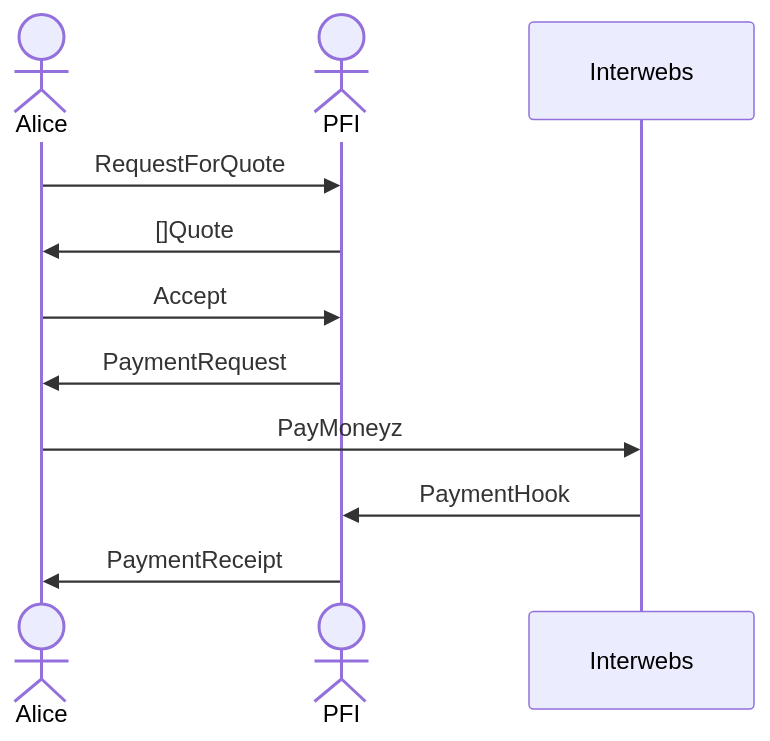
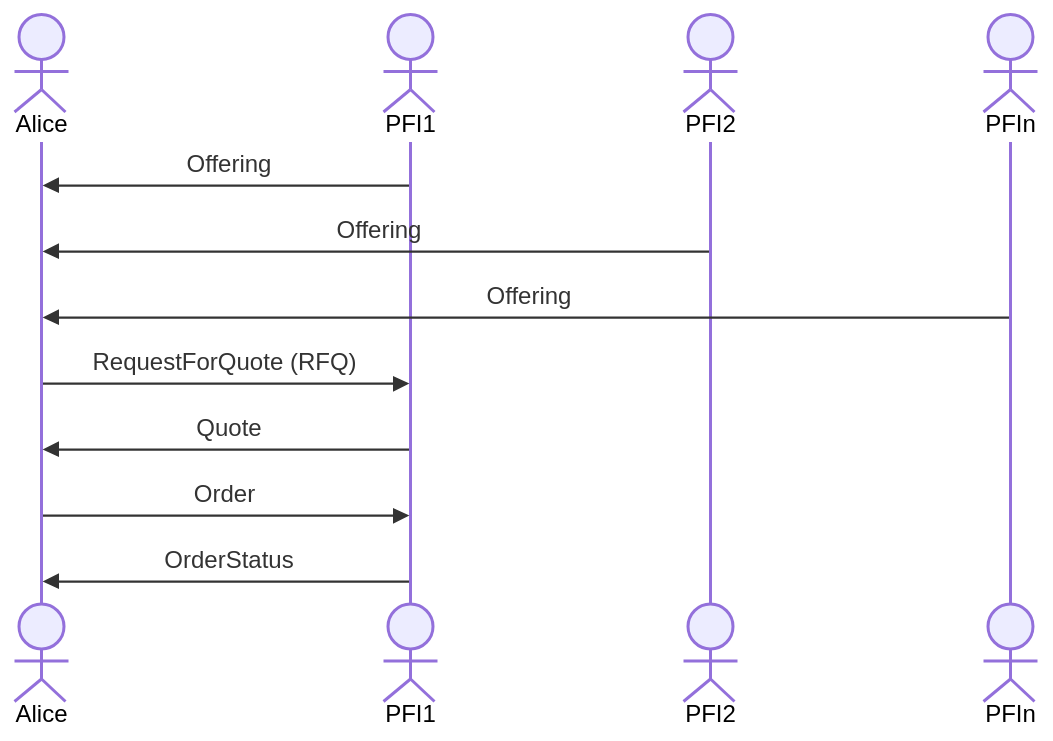
One commit to TBD54566975/tbdex changed the diagram in protocol/README.md. Above: the diagram before and after it, drawn with Mermaid. The commit also changed other lines of this file, not shown here.

````diff
--- a/protocol/README.md
+++ b/protocol/README.md
@@ -148,13 +156,14 @@
 ```mermaid
 sequenceDiagram
   actor Alice
-  actor PFI
-  Alice->>PFI: RequestForQuote
-  PFI->>Alice: []Quote
-  Alice->>PFI: Accept
-  PFI->>Alice: PaymentRequest
-  Alice->>Interwebs: PayMoneyz
-  Interwebs->>PFI: PaymentHook
-  PFI->>Alice: PaymentReceipt
-  
+	actor PFI1
+  actor PFI2
+	actor PFIn
+	PFI1->>Alice: Offering
+	PFI2->>Alice: Offering
+	PFIn->>Alice: Offering
+  Alice->>PFI1: RequestForQuote (RFQ)
+  PFI1->>Alice: Quote
+  Alice->>PFI1: Order
+  PFI1->>Alice: OrderStatus
 ```
````
